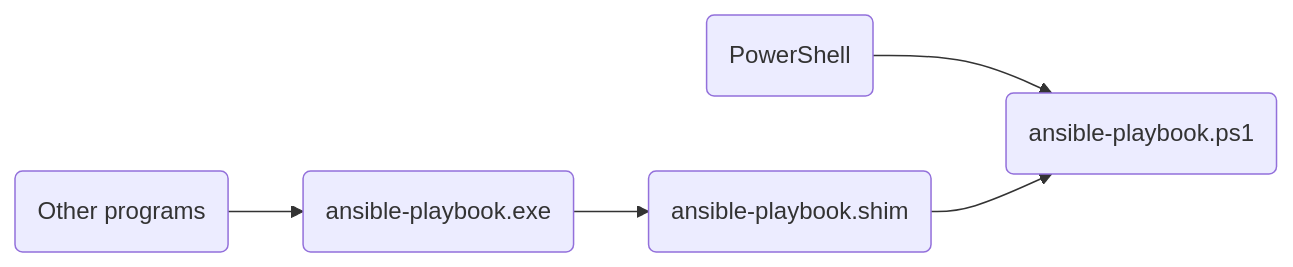
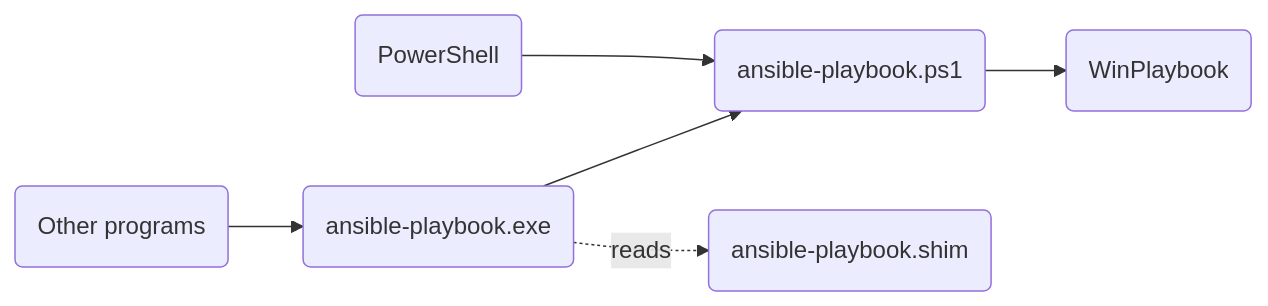
The second of 3 diagrams in docs/en/how-it-works.md (LeonardoSextare/WinPlaybook), drawn with Mermaid before and after one commit. The commit also changed other lines of this file and 8 other files, not shown here.

````diff
--- a/docs/en/how-it-works.md
+++ b/docs/en/how-it-works.md
@@ -53,6 +34,8 @@
 ```mermaid
 flowchart LR
     pwsh("PowerShell") --> ps1("ansible-playbook.ps1")
     other("Other programs") --> exe("ansible-playbook.exe")
-    exe --> config("ansible-playbook.shim") --> ps1
+    exe -. reads .-> config("ansible-playbook.shim")
+    exe --> ps1
+    ps1 --> module("WinPlaybook")
 ```
````
